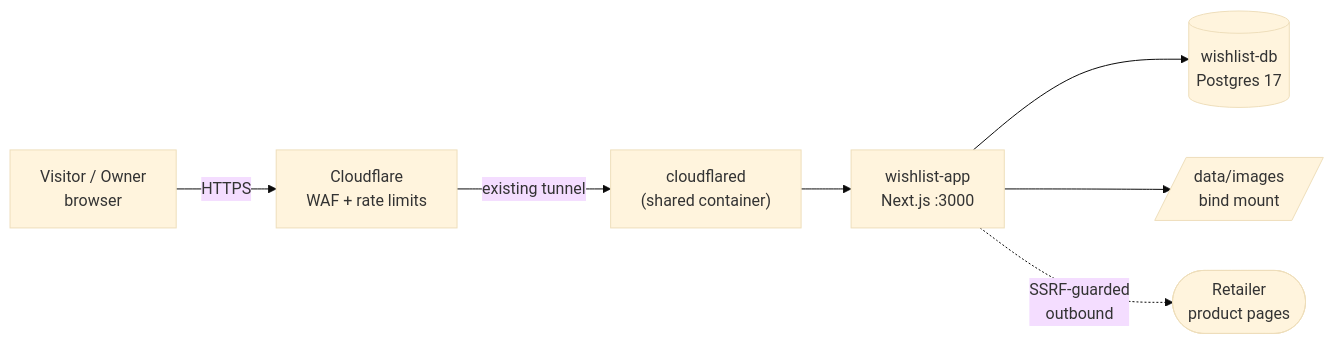
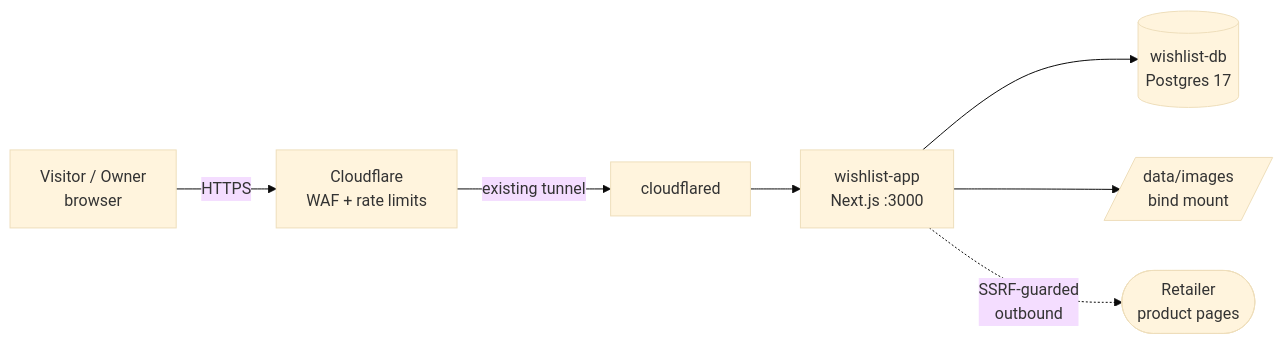
Before and after one commit to SantiagoVargasVe/wishlist: the diagram in docs/context/architecture.md, drawn with Mermaid (base theme). The commit also changed other lines of this file and 7 other files, not shown here.

````diff
--- a/docs/context/architecture.md
+++ b/docs/context/architecture.md
@@ -5,9 +5,9 @@
 ```mermaid
 flowchart LR
   V["Visitor / Owner<br/>browser"] -->|HTTPS| CF["Cloudflare<br/>WAF + rate limits"]
-  CF -->|existing tunnel| CD["cloudflared<br/>(shared container)"]
+  CF -->|existing tunnel| CD["cloudflared"]
   CD --> APP["wishlist-app<br/>Next.js :3000"]
   APP --> DB[("wishlist-db<br/>Postgres 17")]
   APP --> IMG[/"data/images<br/>bind mount"/]
   APP -.->|"SSRF-guarded<br/>outbound"| WEB(["Retailer<br/>product pages"])
 ```
````
